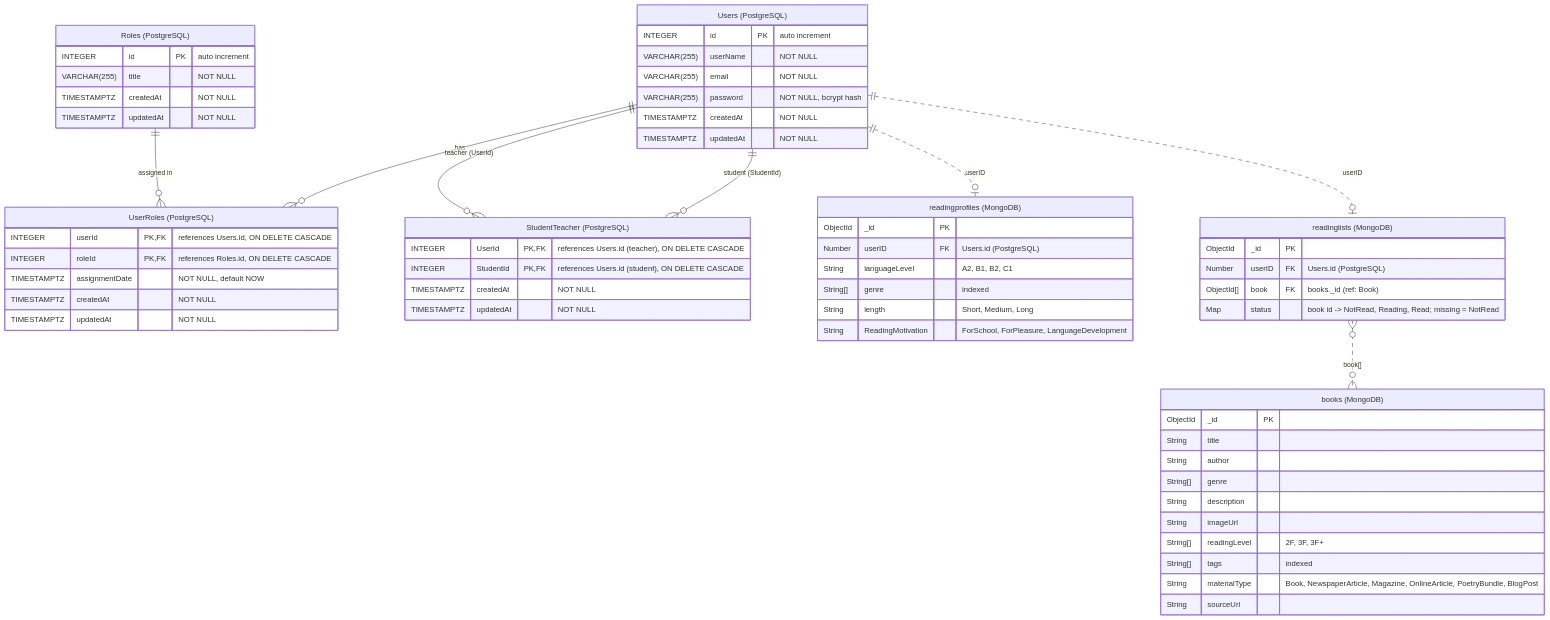
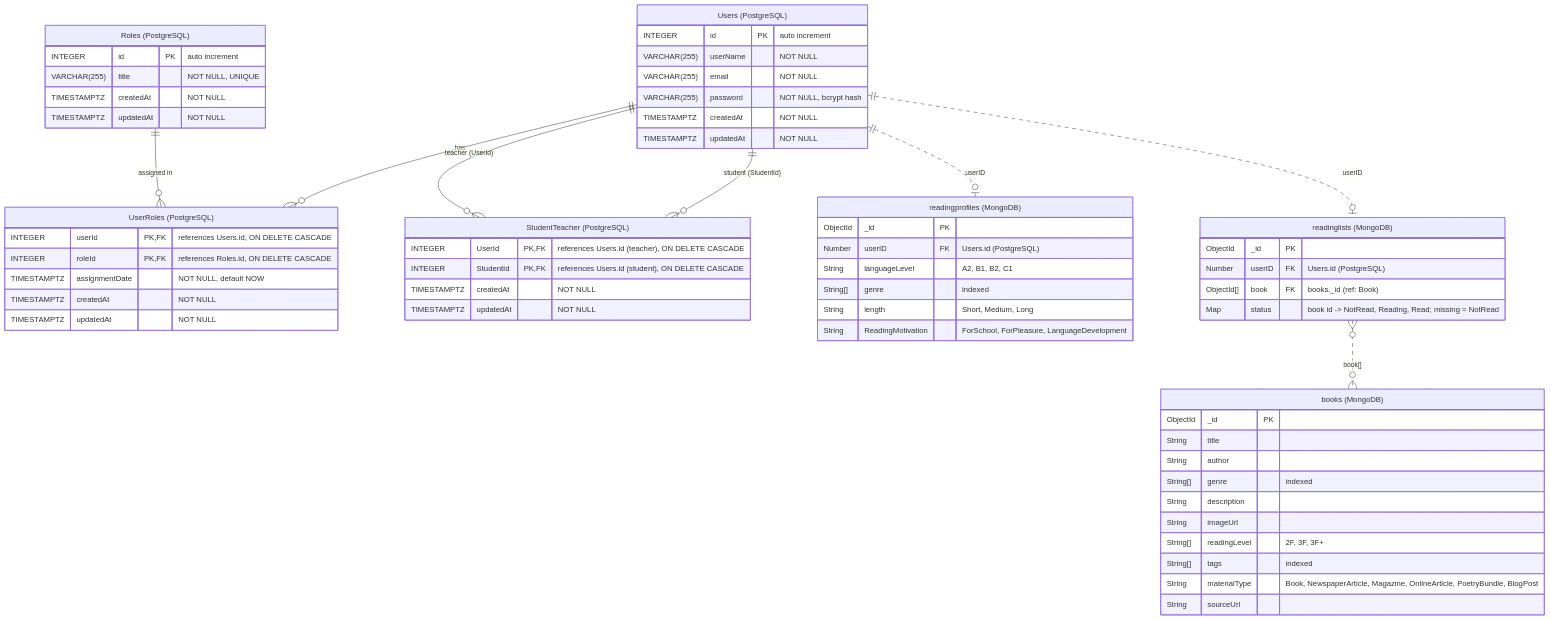
Before and after one commit to hamid1103/book-back-end: the diagram in docs/ERD.md, drawn with Mermaid. The commit also changed 4 other files, not shown here.

````diff
--- a/docs/ERD.md
+++ b/docs/ERD.md
@@ -11,64 +11,64 @@
 ```mermaid
 erDiagram
     Users ||--o{ UserRoles : "has"
     Roles ||--o{ UserRoles : "assigned in"
     Users ||--o{ StudentTeacher : "teacher (UserId)"
     Users ||--o{ StudentTeacher : "student (StudentId)"
     Users ||..o| readingprofiles : "userID"
     Users ||..o| readinglists : "userID"
     readinglists }o..o{ books : "book[]"
 
     Users["Users (PostgreSQL)"] {
         INTEGER id PK "auto increment"
         VARCHAR(255) userName "NOT NULL"
         VARCHAR(255) email "NOT NULL"
         VARCHAR(255) password "NOT NULL, bcrypt hash"
         TIMESTAMPTZ createdAt "NOT NULL"
         TIMESTAMPTZ updatedAt "NOT NULL"
     }
     Roles["Roles (PostgreSQL)"] {
         INTEGER id PK "auto increment"
-        VARCHAR(255) title "NOT NULL"
+        VARCHAR(255) title "NOT NULL, UNIQUE"
         TIMESTAMPTZ createdAt "NOT NULL"
         TIMESTAMPTZ updatedAt "NOT NULL"
     }
     UserRoles["UserRoles (PostgreSQL)"] {
         INTEGER userId PK, FK "references Users.id, ON DELETE CASCADE"
         INTEGER roleId PK, FK "references Roles.id, ON DELETE CASCADE"
         TIMESTAMPTZ assignmentDate "NOT NULL, default NOW"
         TIMESTAMPTZ createdAt "NOT NULL"
         TIMESTAMPTZ updatedAt "NOT NULL"
     }
     StudentTeacher["StudentTeacher (PostgreSQL)"] {
         INTEGER UserId PK, FK "references Users.id (teacher), ON DELETE CASCADE"
         INTEGER StudentId PK, FK "references Users.id (student), ON DELETE CASCADE"
         TIMESTAMPTZ createdAt "NOT NULL"
         TIMESTAMPTZ updatedAt "NOT NULL"
     }
     books["books (MongoDB)"] {
         ObjectId _id PK
         String title
         String author
-        String[] genre
+        String[] genre "indexed"
         String description
         String imageUrl
         String[] readingLevel "2F, 3F, 3F+"
         String[] tags "indexed"
         String materialType "Book, NewspaperArticle, Magazine, OnlineArticle, PoetryBundle, BlogPost"
         String sourceUrl
     }
     readinglists["readinglists (MongoDB)"] {
         ObjectId _id PK
         Number userID FK "Users.id (PostgreSQL)"
         ObjectId[] book FK "books._id (ref: Book)"
         Map status "book id -> NotRead, Reading, Read; missing = NotRead"
     }
     readingprofiles["readingprofiles (MongoDB)"] {
         ObjectId _id PK
         Number userID FK "Users.id (PostgreSQL)"
         String languageLevel "A2, B1, B2, C1"
         String[] genre "indexed"
         String length "Short, Medium, Long"
         String ReadingMotivation "ForSchool, ForPleasure, LanguageDevelopment"
     }
 ```
````
